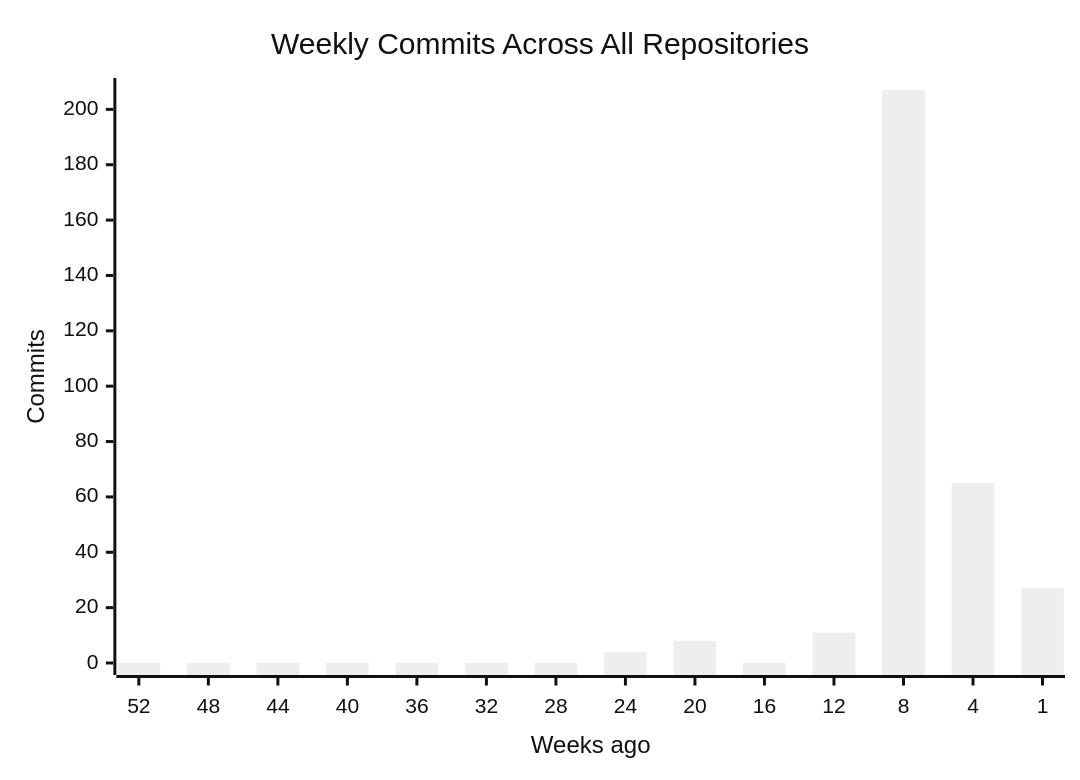
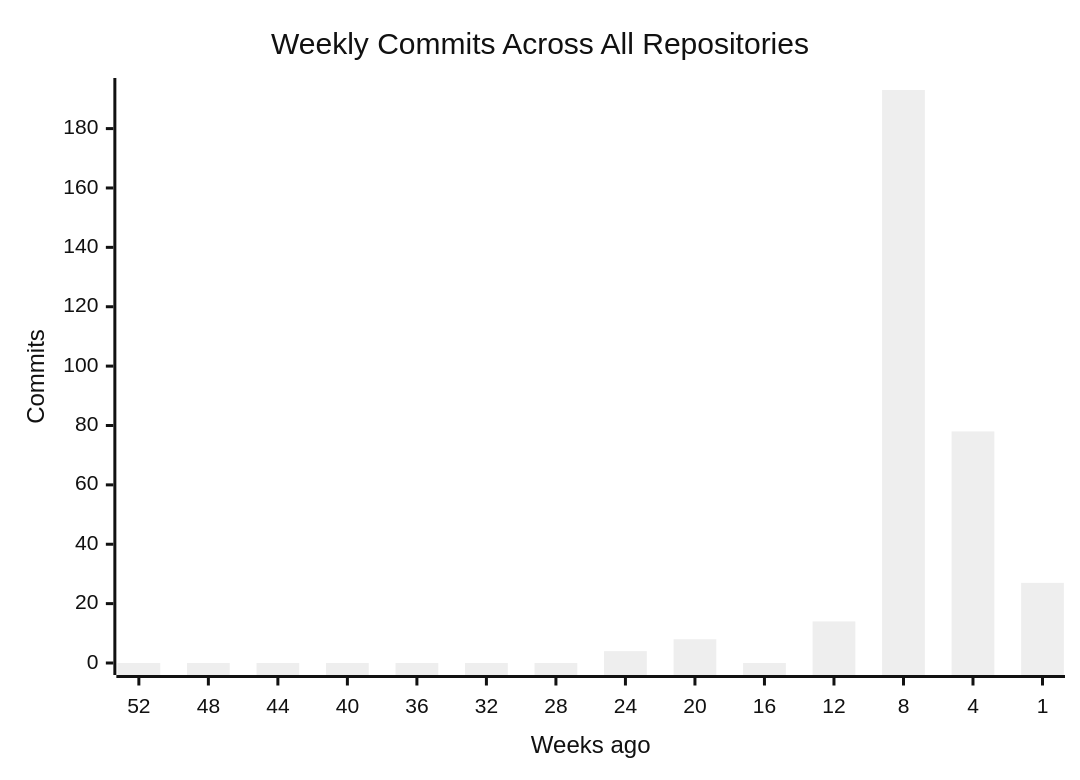
One commit to CSTH-Projects/.github changed the first of 4 diagrams in profile/README.md. Above: the diagram before and after it, drawn with Mermaid (neutral theme). The commit also changed other lines of this file, not shown here.

````diff
--- a/profile/README.md
+++ b/profile/README.md
@@ -16,7 +16,7 @@
 ```mermaid
 xychart-beta
     title "Weekly Commits Across All Repositories"
     x-axis "Weeks ago" [52, 48, 44, 40, 36, 32, 28, 24, 20, 16, 12, 8, 4, 1]
     y-axis "Commits"
-    bar [0, 0, 0, 0, 0, 0, 0, 4, 8, 0, 11, 207, 65, 27]
+    bar [0, 0, 0, 0, 0, 0, 0, 4, 8, 0, 14, 193, 78, 27]
 ```
````
